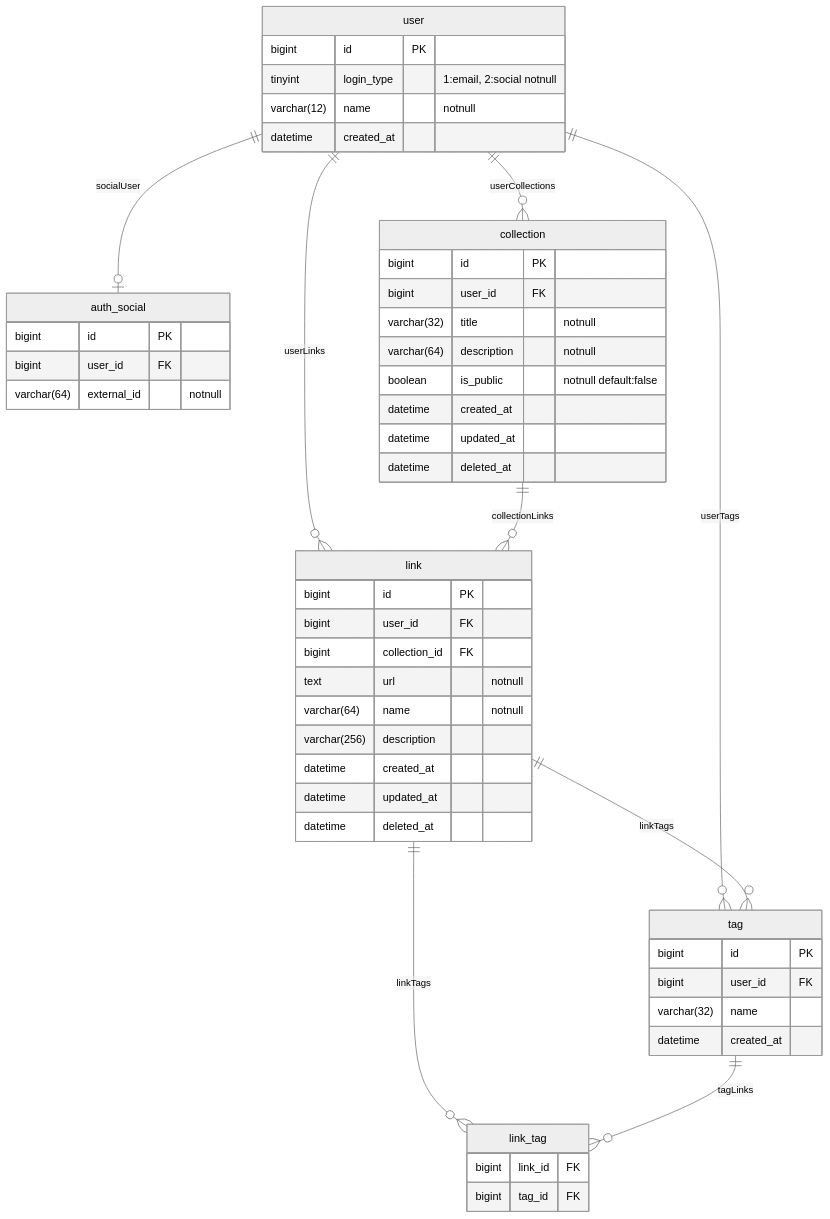
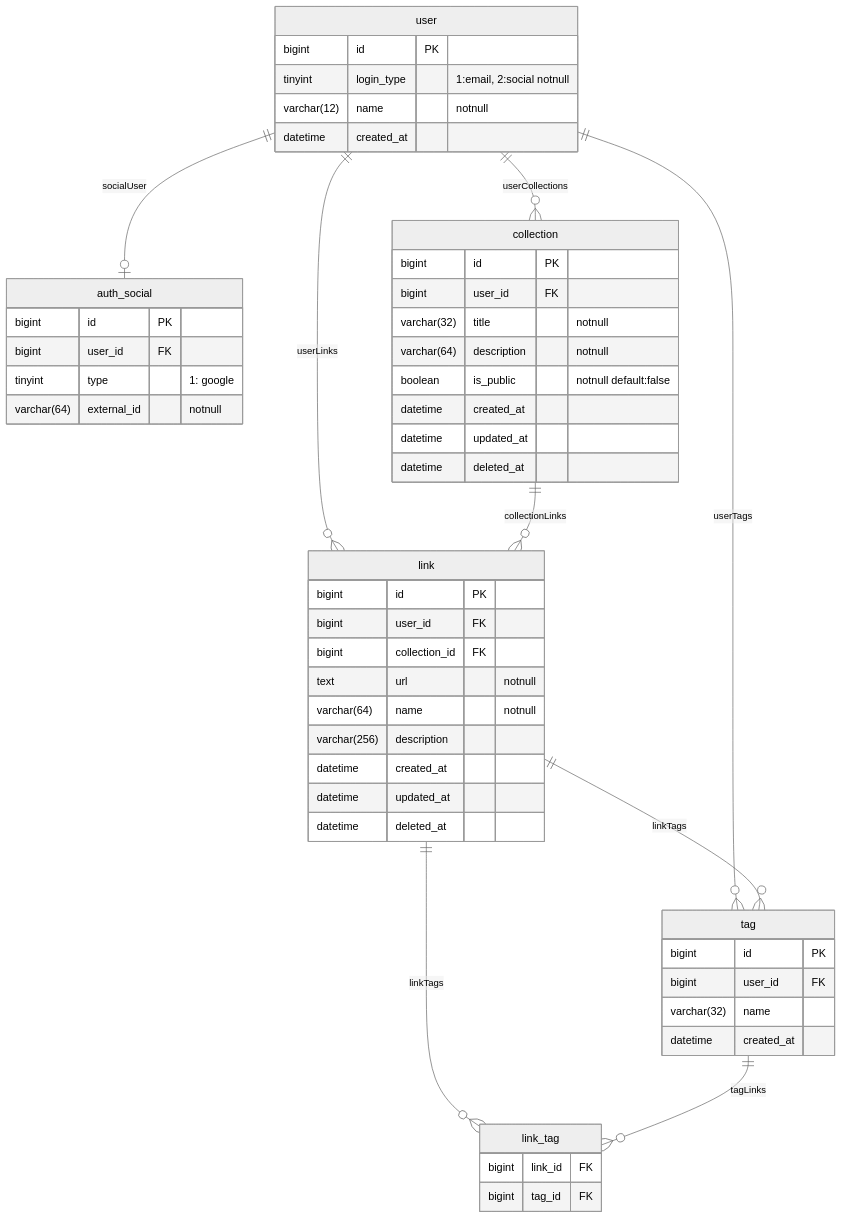
Before and after one commit to a-ryang/linkloud: the diagram in server/README.md, drawn with Mermaid (neutral theme).

Commit message:
docs: 초기 erd 수정

````diff
--- a/server/README.md
+++ b/server/README.md
@@ -1,64 +1,65 @@
 ```mermaid
 erDiagram
 
     user {
         bigint id PK
         tinyint login_type "1:email, 2:social notnull"
         varchar(12) name "notnull"
         datetime created_at
     }
 
     user ||--o| auth_social : socialUser
     user ||--o{ collection : userCollections
 
     auth_social {
         bigint id PK
         bigint user_id FK
+        tinyint type "1: google"
         varchar(64) external_id "notnull"
     }
 
     collection {
         bigint id PK
         bigint user_id FK
         varchar(32) title "notnull"
         varchar(64) description "notnull"
         boolean is_public "notnull default:false"
         datetime created_at
         datetime updated_at
         datetime deleted_at
     }
 
     user ||--o{ link : userLinks
     collection ||--o{ link : collectionLinks
 
     link {
         bigint id PK
         bigint user_id FK
         bigint collection_id FK
         text url "notnull"
         varchar(64) name "notnull"
         varchar(256) description
         datetime created_at
         datetime updated_at
         datetime deleted_at
     }
 
     user ||--o{ tag : userTags
     link ||--o{ tag : linkTags
 
     tag {
         bigint id PK
         bigint user_id FK
         varchar(32) name
         datetime created_at
     }
 
     link ||--o{ link_tag : linkTags
     tag ||--o{ link_tag : tagLinks
 
 
     link_tag {
         bigint link_id FK
         bigint tag_id FK
     }
 ```
````
